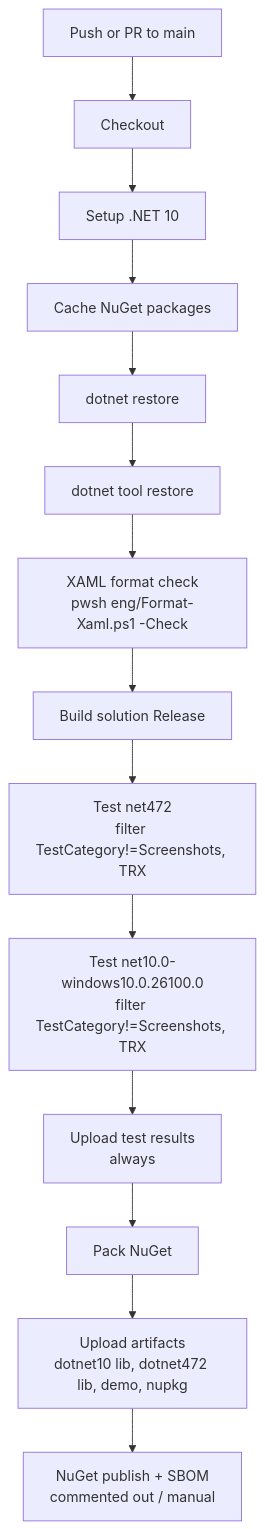
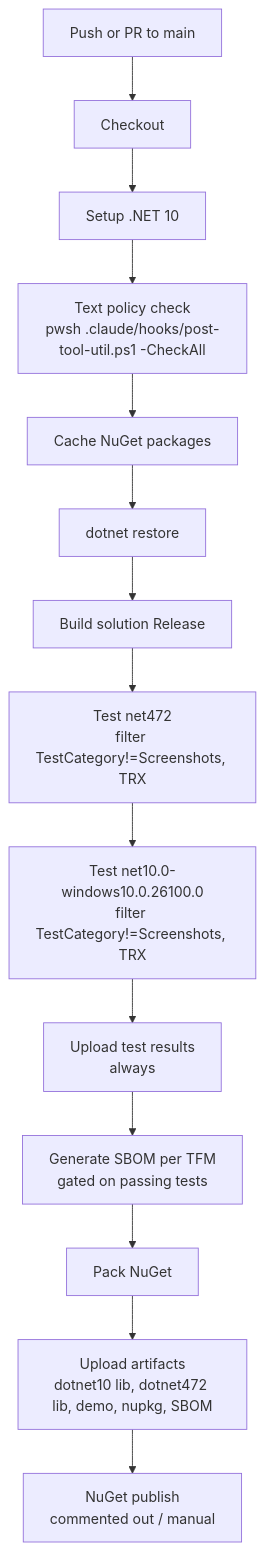
Before and after one commit to PSAppDeployToolkit/PSAppDeployToolkit: the diagram in AGENTS.md, drawn with Mermaid. The commit also changed other lines of this file and 308 other files, not shown here.

````diff
--- a/AGENTS.md
+++ b/AGENTS.md
@@ -297,16 +299,16 @@
 ```mermaid
 flowchart TD
     A[Push or PR to main] --> B[Checkout]
     B --> C[Setup .NET 10]
-    C --> D[Cache NuGet packages]
+    C --> G[Text policy check<br/>pwsh .claude/hooks/post-tool-util.ps1 -CheckAll]
+    G --> D[Cache NuGet packages]
     D --> E[dotnet restore]
-    E --> F[dotnet tool restore]
-    F --> G[XAML format check<br/>pwsh eng/Format-Xaml.ps1 -Check]
-    G --> H[Build solution Release]
+    E --> H[Build solution Release]
     H --> I[Test net472<br/>filter TestCategory!=Screenshots, TRX]
     I --> J[Test net10.0-windows10.0.26100.0<br/>filter TestCategory!=Screenshots, TRX]
     J --> K[Upload test results<br/>always]
-    K --> L[Pack NuGet]
-    L --> M[Upload artifacts<br/>dotnet10 lib, dotnet472 lib, demo, nupkg]
-    M --> N[NuGet publish + SBOM<br/>commented out / manual]
+    K --> S[Generate SBOM per TFM<br/>gated on passing tests]
+    S --> L[Pack NuGet]
+    L --> M[Upload artifacts<br/>dotnet10 lib, dotnet472 lib, demo, nupkg, SBOM]
+    M --> N[NuGet publish<br/>commented out / manual]
 ```
````
